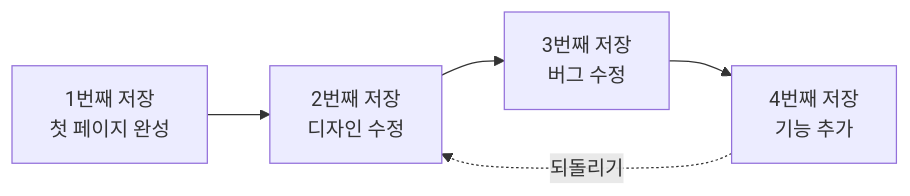
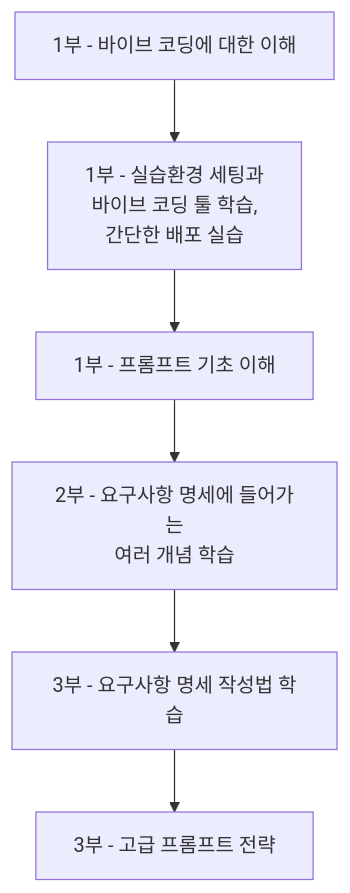
One commit to nugurejeil/weniVooks changed the diagram in _md/essentials-vibecoding/chapter03/03-1.md. Above: the diagram before and after it, drawn with Mermaid. The commit also changed other lines of this file and 49 other files, not shown here.

````diff
--- a/_md/essentials-vibecoding/chapter03/03-1.md
+++ b/_md/essentials-vibecoding/chapter03/03-1.md
@@ -47,7 +17,8 @@
 ```mermaid
-flowchart LR
-    A["1번째 저장<br/>첫 페이지 완성"] --> B["2번째 저장<br/>디자인 수정"]
-    B --> C["3번째 저장<br/>버그 수정"]
-    C --> D["4번째 저장<br/>기능 추가"]
-    D -.->|"되돌리기"| B
+flowchart TD
+    A["1부 - 바이브 코딩에 대한 이해"] --> B["1부 - 실습환경 세팅과<br/>바이브 코딩 툴 학습,<br/>간단한 배포 실습"]
+    B --> C["1부 - 프롬프트 기초 이해"]
+    C --> D["2부 - 요구사항 명세에 들어가는<br/>여러 개념 학습"]
+    D --> E["3부 - 요구사항 명세 작성법 학습"]
+    E --> F["3부 - 고급 프롬프트 전략"]
 ```
````
